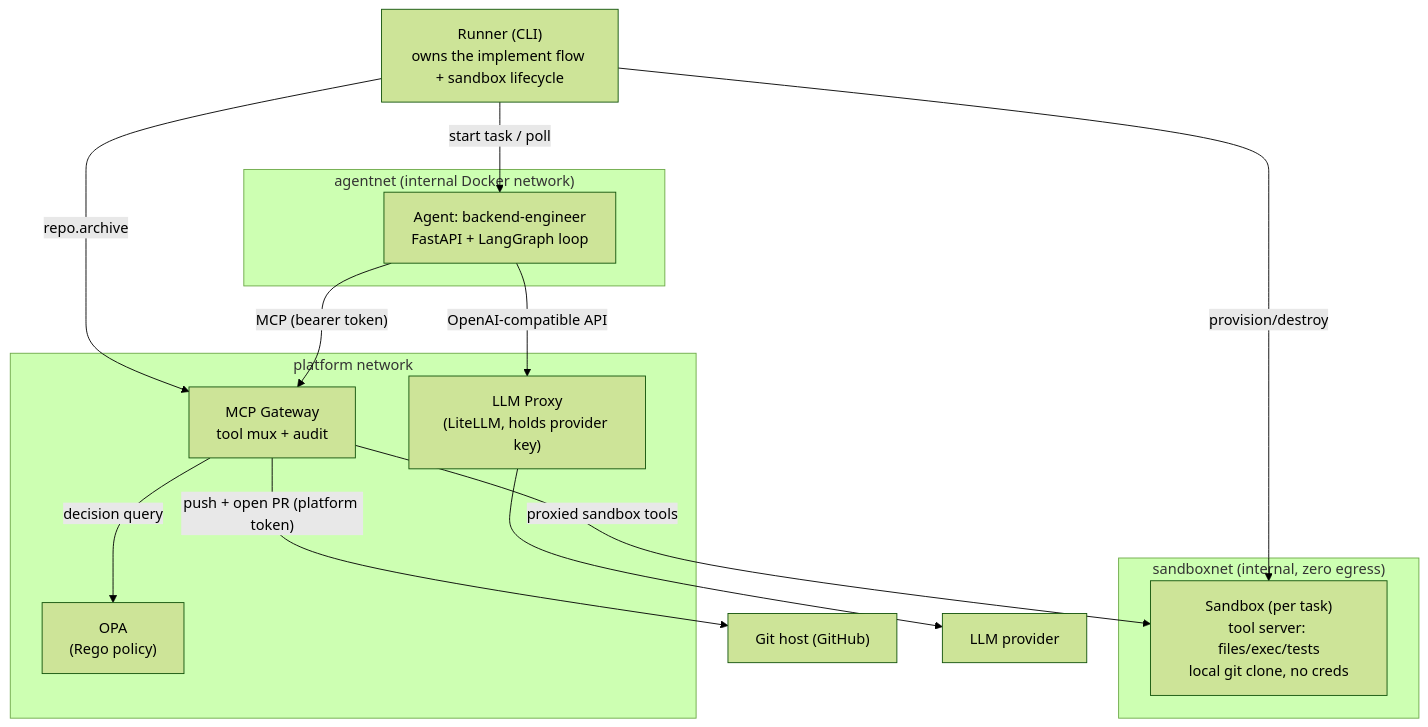
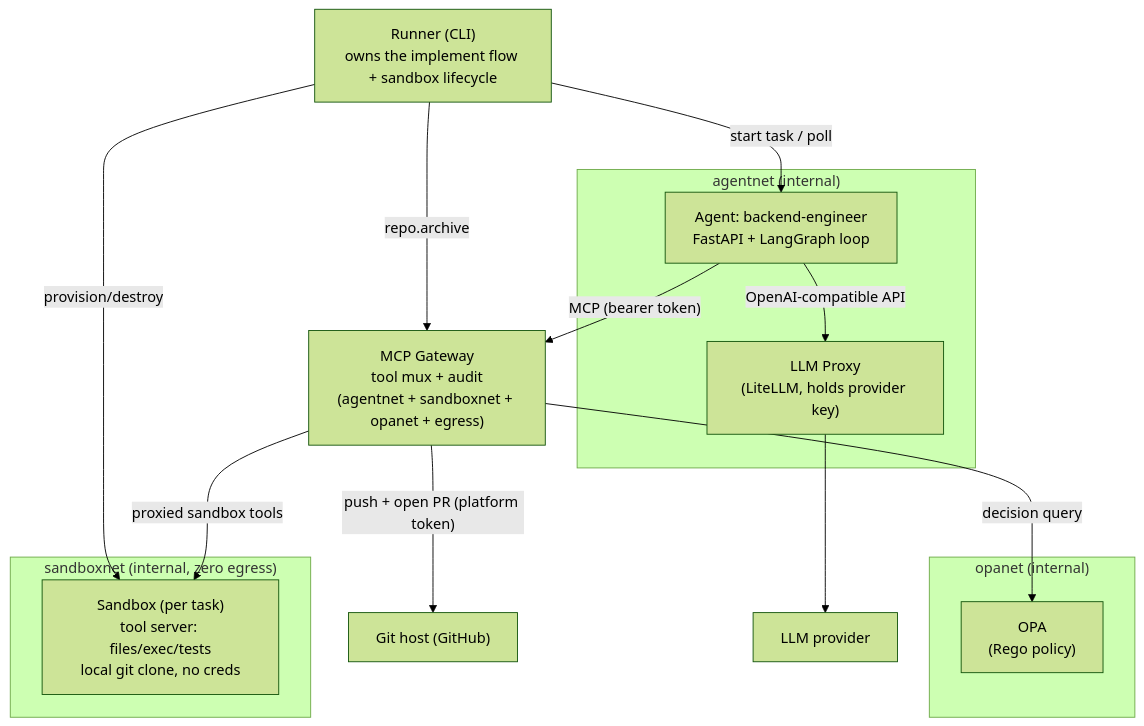
The first of 2 diagrams in markdowns/prototype.md (mathbrus/poseidon-prototype), drawn with Mermaid (forest theme) before and after one commit. The commit also changed other lines of this file and 3 other files, not shown here.

````diff
--- a/markdowns/prototype.md
+++ b/markdowns/prototype.md
@@ -83,31 +83,32 @@
 ```mermaid
 flowchart TB
     RUN["Runner (CLI)\nowns the implement flow + sandbox lifecycle"]
 
-    subgraph agentnet["agentnet (internal Docker network)"]
+    subgraph agentnet["agentnet (internal)"]
         AG["Agent: backend-engineer\nFastAPI + LangGraph loop"]
+        LLM["LLM Proxy\n(LiteLLM, holds provider key)"]
     end
 
-    subgraph platnet["platform network"]
-        GW["MCP Gateway\ntool mux + audit"]
+    subgraph opanet["opanet (internal)"]
         OPA["OPA\n(Rego policy)"]
-        LLM["LLM Proxy\n(LiteLLM, holds provider key)"]
     end
 
     subgraph sandnet["sandboxnet (internal, zero egress)"]
         SBX["Sandbox (per task)\ntool server: files/exec/tests\nlocal git clone, no creds"]
     end
+
+    GW["MCP Gateway\ntool mux + audit\n(agentnet + sandboxnet + opanet + egress)"]
 
     EXT["Git host (GitHub)"]
     PROV["LLM provider"]
 
     RUN -->|"start task / poll"| AG
     RUN -->|"provision/destroy"| SBX
     RUN -->|"repo.archive"| GW
     AG -->|"MCP (bearer token)"| GW
     AG -->|"OpenAI-compatible API"| LLM
     GW -->|"decision query"| OPA
     GW -->|"proxied sandbox tools"| SBX
     GW -->|"push + open PR (platform token)"| EXT
     LLM --> PROV
 ```
````
